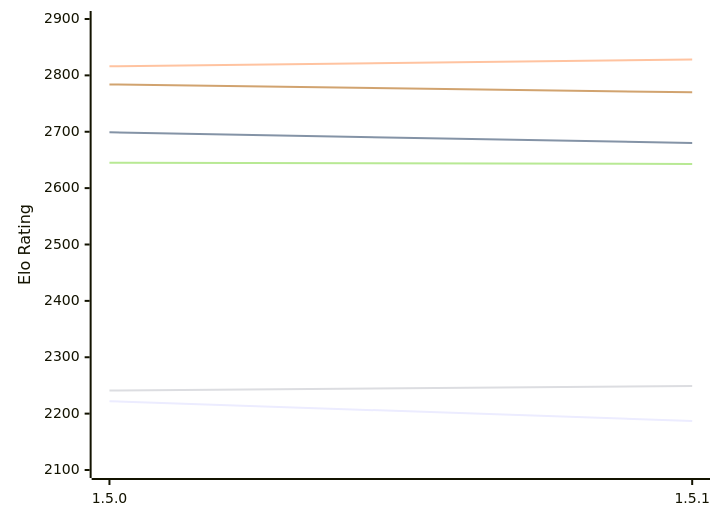
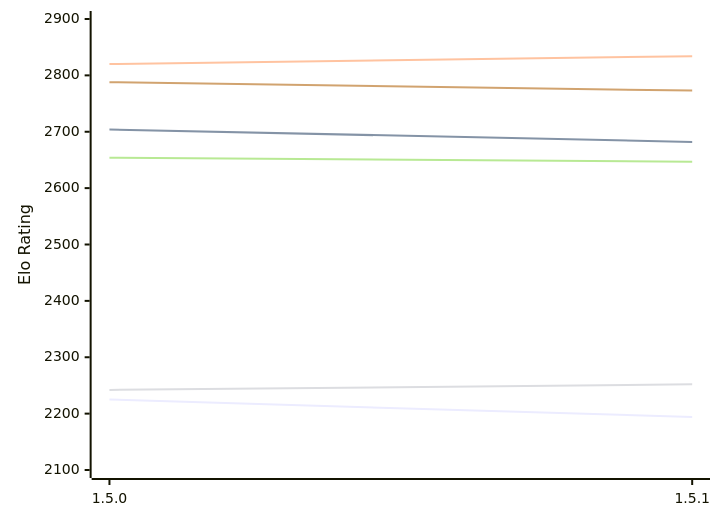
One commit to computer-chess-index/cci changed the first of 2 diagrams in engines/Coco.md. Above: the diagram before and after it, drawn with Mermaid. The commit also changed other lines of this file, not shown here.

Commit message:
Update CCI Ratings (ELO VLTC) - 2026-11-20

````diff
--- a/engines/Coco.md
+++ b/engines/Coco.md
@@ -50,12 +50,12 @@
 ```mermaid
 %%{init: {"theme":"base","themeVariables":{"seriesColors:['#a3a3a3','#222221','#faa371']}}}%%
 xychart-beta
   x-axis ["1.5.0", "1.5.1"]
   y-axis "Elo Rating" 2100 --> 2900
-  line "E1: STC (8.0+0.08s)" [2222, 2187]
-  line "E1: LTC (60.0+0.60s)" [2699, 2680]
-  line "E1: VLTC (2m24s+1.12s)" [2816, 2828]
-  line "P1: STC (8.0+0.08s)" [2241, 2249]
-  line "P1: LTC (60.0+0.60s)" [2645, 2643]
-  line "P1: VLTC (2m24s+1.12s)" [2784, 2770]
+  line "E1: STC (8.0+0.08s)" [2225, 2194]
+  line "E1: LTC (60.0+0.60s)" [2704, 2682]
+  line "E1: VLTC (2m24s+1.12s)" [2820, 2834]
+  line "P1: STC (8.0+0.08s)" [2242, 2252]
+  line "P1: LTC (60.0+0.60s)" [2654, 2647]
+  line "P1: VLTC (2m24s+1.12s)" [2788, 2773]
 ```
````
